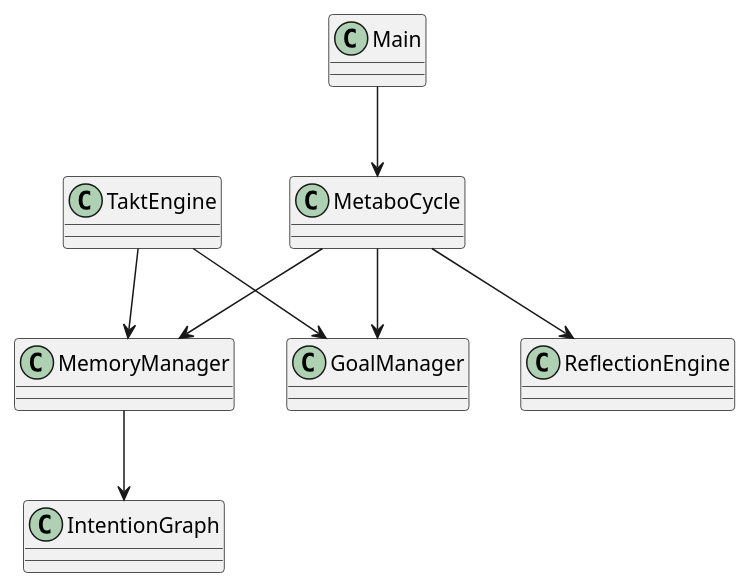
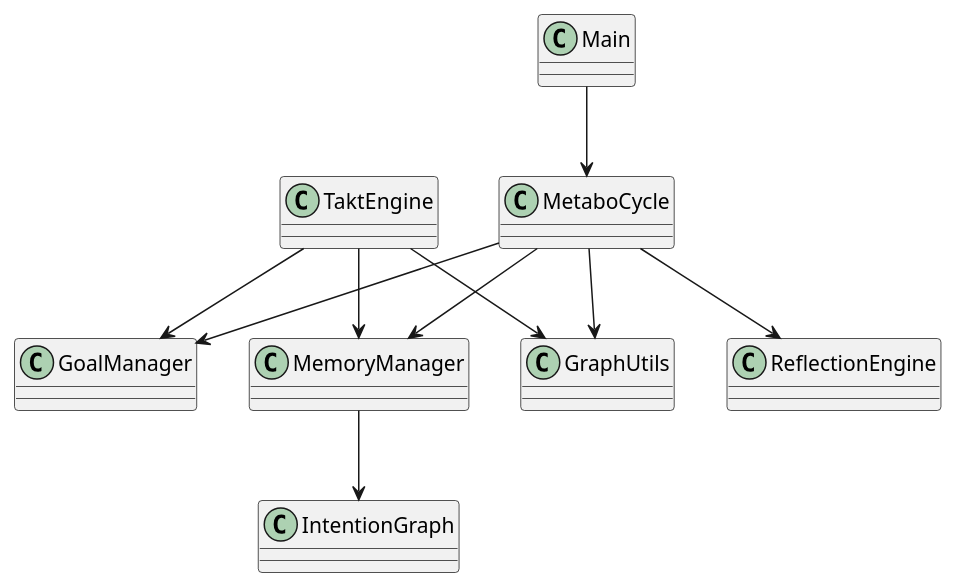
Before and after one commit to marcusreimold/MetaboMind: the diagram in doc/diagrams/class_diagram.puml, drawn with PlantUML. The commit also changed 14 other files, not shown here.

```diff
--- a/doc/diagrams/class_diagram.puml
+++ b/doc/diagrams/class_diagram.puml
@@ -1,16 +1,19 @@
 @startuml
 class Main
 class MetaboCycle
 class GoalManager
 class MemoryManager
 class IntentionGraph
+class GraphUtils
 class ReflectionEngine
 class TaktEngine
 Main --> MetaboCycle
 MetaboCycle --> GoalManager
 MetaboCycle --> MemoryManager
 MetaboCycle --> ReflectionEngine
+MetaboCycle --> GraphUtils
 MemoryManager --> IntentionGraph
 TaktEngine --> MemoryManager
 TaktEngine --> GoalManager
+TaktEngine --> GraphUtils
 @enduml
```
